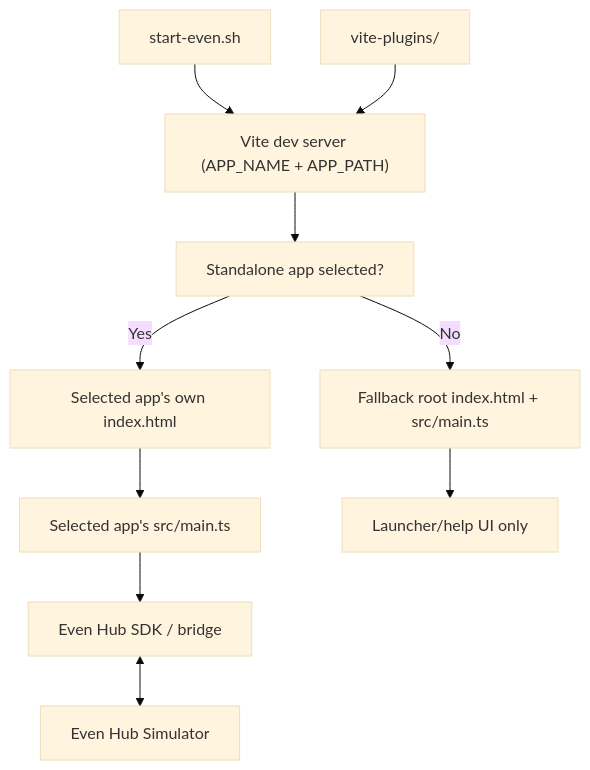
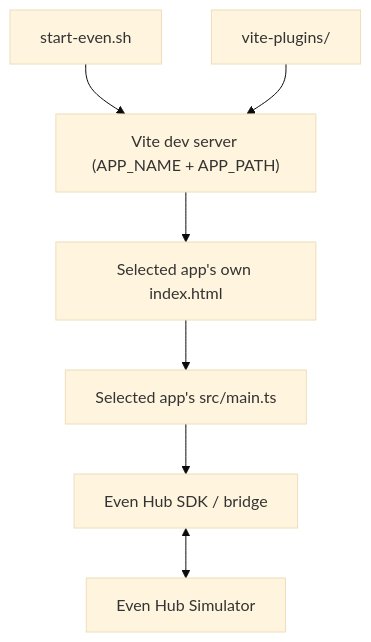
One commit to Youfengxu/even-g2-apps changed the diagram in README.md. Above: the diagram before and after it, drawn with Mermaid (base theme). The commit also changed other lines of this file and 3 other files, not shown here.

````diff
--- a/README.md
+++ b/README.md
@@ -371,17 +369,9 @@
 ```mermaid
 flowchart TD
   A["start-even.sh"] --> B["Vite dev server (APP_NAME + APP_PATH)"]
-
-  B --> C["Standalone app selected?"]
-  C -- Yes --> D["Selected app's own index.html"]
-  D --> E["Selected app's src/main.ts"]
-
-  C -- No --> F["Fallback root index.html + src/main.ts"]
-
-  E --> H["Even Hub SDK / bridge"]
-  F --> I["Launcher/help UI only"]
-
-  H <--> J["Even Hub Simulator"]
-
-  K["vite-plugins/"] --> B
+  B --> C["Selected app's own index.html"]
+  C --> D["Selected app's src/main.ts"]
+  D --> E["Even Hub SDK / bridge"]
+  E <--> F["Even Hub Simulator"]
+  G["vite-plugins/"] --> B
 ```
````
